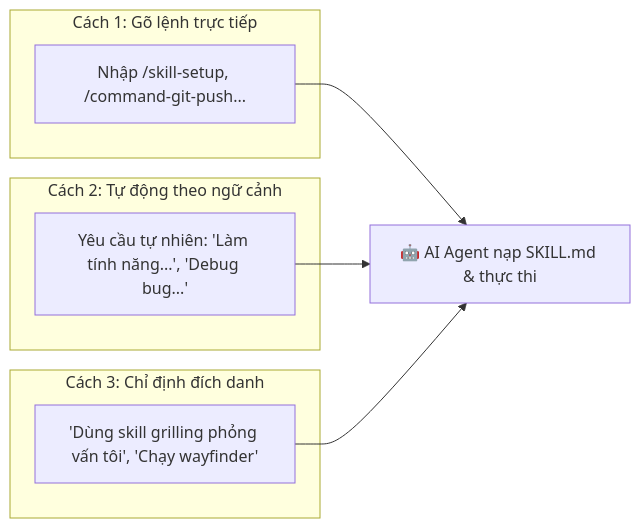
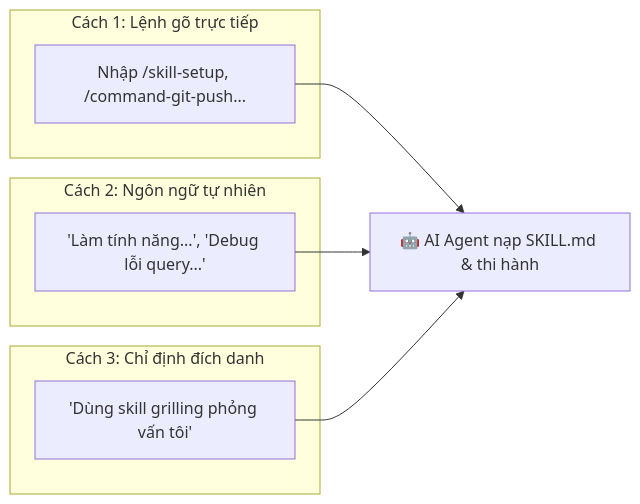
The first of 3 diagrams in README.md (ahauy/universal-agents-workflow), drawn with Mermaid before and after one commit. The commit also changed other lines of this file, not shown here.

````diff
--- a/README.md
+++ b/README.md
@@ -96,15 +86,15 @@
 ```mermaid
 graph LR
-    subgraph S1 ["Cách 1: Gõ lệnh trực tiếp"]
+    subgraph S1 ["Cách 1: Lệnh gõ trực tiếp"]
         C1["Nhập /skill-setup, /command-git-push..."]
     end
-    subgraph S2 ["Cách 2: Tự động theo ngữ cảnh"]
-        C2["Yêu cầu tự nhiên: 'Làm tính năng...', 'Debug bug...'"]
+    subgraph S2 ["Cách 2: Ngôn ngữ tự nhiên"]
+        C2["'Làm tính năng...', 'Debug lỗi query...'"]
     end
     subgraph S3 ["Cách 3: Chỉ định đích danh"]
-        C3["'Dùng skill grilling phỏng vấn tôi', 'Chạy wayfinder'"]
+        C3["'Dùng skill grilling phỏng vấn tôi'"]
     end
-    C1 --> Agent["🤖 AI Agent nạp SKILL.md & thực thi"]
+    C1 --> Agent["🤖 AI Agent nạp SKILL.md & thi hành"]
     C2 --> Agent
     C3 --> Agent
 ```
````
